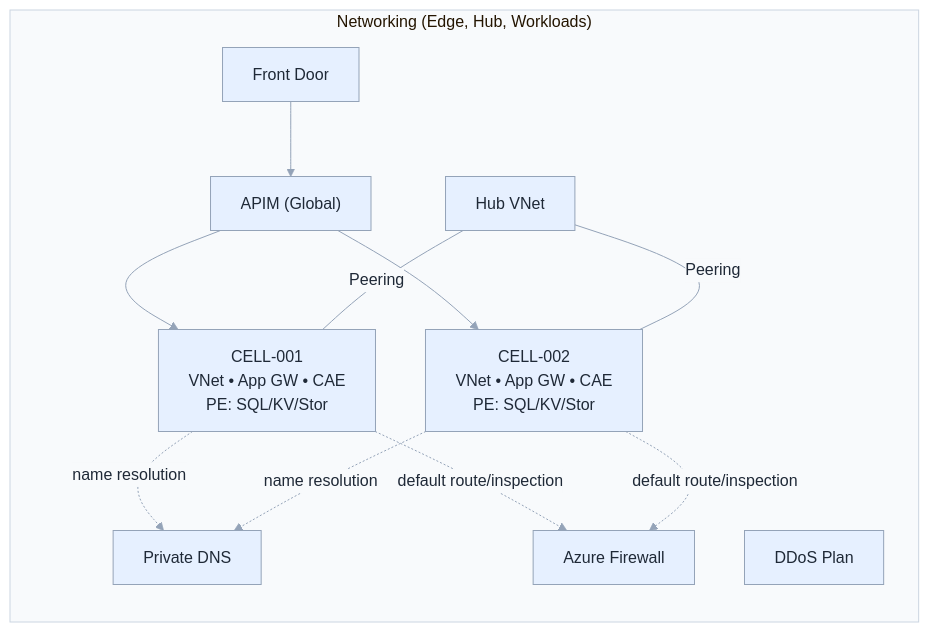
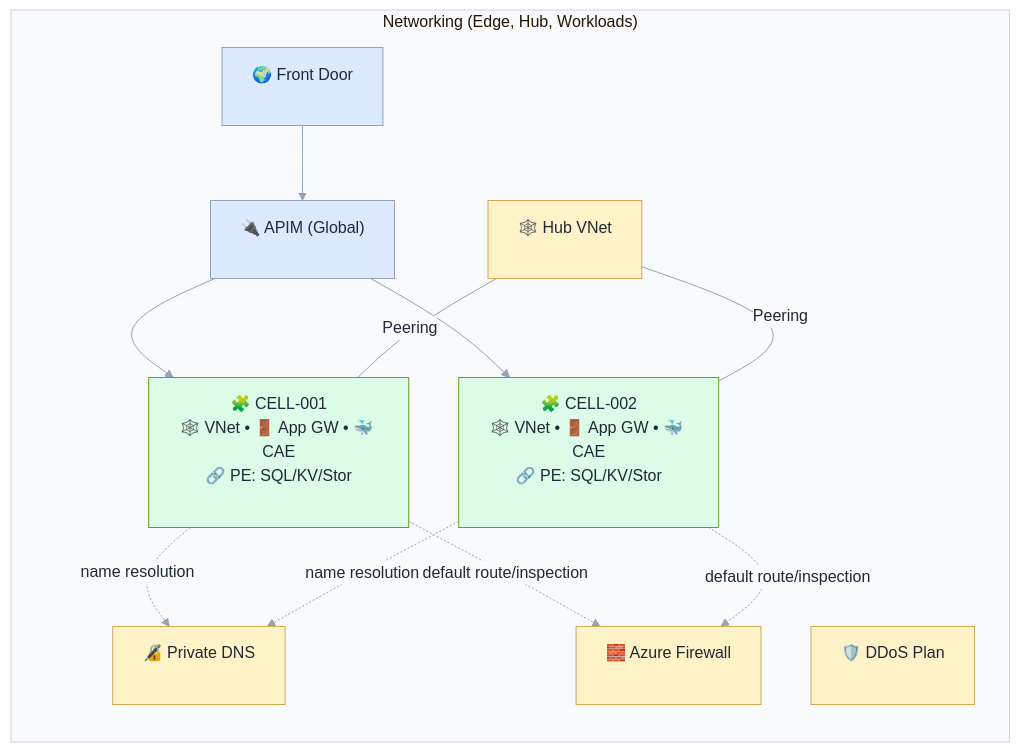
One commit to srnichols/StampsPattern changed the fourth of 7 diagrams in docs/LANDING_ZONES_GUIDE.md. Above: the diagram before and after it, drawn with Mermaid.

Commit message:
docs(landing-zones): add icons back, pad labels to prevent truncation, and color-code layers (edge/hub/workload) in Networking diagram

````diff
--- a/docs/LANDING_ZONES_GUIDE.md
+++ b/docs/LANDING_ZONES_GUIDE.md
@@ -181,31 +181,41 @@
 ```mermaid
 %%{init: {"theme":"base","themeVariables":{"background":"transparent","primaryColor":"#E6F0FF","primaryTextColor":"#1F2937","primaryBorderColor":"#94A3B8","lineColor":"#94A3B8","secondaryColor":"#F3F4F6","tertiaryColor":"#DBEAFE","clusterBkg":"#F8FAFC","clusterBorder":"#CBD5E1","edgeLabelBackground":"#F8FAFC","fontFamily":"Segoe UI, Roboto, Helvetica, Arial, sans-serif"}} }%%
 flowchart TD
+  %% Color classes for layers
+  classDef edge fill:#DBEAFE,stroke:#94A3B8,color:#1F2937;
+  classDef hub fill:#FEF3C7,stroke:#D1A954,color:#1F2937;
+  classDef workload fill:#DCFCE7,stroke:#65A30D,color:#1F2937;
+
   subgraph "Networking (Edge, Hub, Workloads)"
     direction TB
     %% Edge
-    FD["Front Door"]
-    APIM["APIM (Global)"]
+    FD["🌍 Front Door<br/>&nbsp;"]
+    APIM["🔌 APIM (Global)<br/>&nbsp;"]
     
     %% Hub
-    HUBVNET["Hub VNet"]
-    PDNS["Private DNS"]
-    AFW["Azure Firewall"]
-    DDOS["DDoS Plan"]
+    HUBVNET["🕸️ Hub VNet<br/>&nbsp;"]
+    PDNS["🔏 Private DNS<br/>&nbsp;"]
+    AFW["🧱 Azure Firewall<br/>&nbsp;"]
+    DDOS["🛡️ DDoS Plan<br/>&nbsp;"]
 
     %% Workloads (collapsed per cell)
-    CELL1["CELL-001<br/>VNet • App GW • CAE<br/>PE: SQL/KV/Stor"]
-    CELL2["CELL-002<br/>VNet • App GW • CAE<br/>PE: SQL/KV/Stor"]
+    CELL1["🧩 CELL-001<br/>🕸️ VNet • 🚪 App GW • 🐳 CAE<br/>🔗 PE: SQL/KV/Stor<br/>&nbsp;"]
+    CELL2["🧩 CELL-002<br/>🕸️ VNet • 🚪 App GW • 🐳 CAE<br/>🔗 PE: SQL/KV/Stor<br/>&nbsp;"]
+
+    %% Apply colors
+    class FD,APIM edge;
+    class HUBVNET,PDNS,AFW,DDOS hub;
+    class CELL1,CELL2 workload;
 
     %% Edges inside the single group
     FD --> APIM
     APIM --> CELL1
     APIM --> CELL2
     HUBVNET ---|Peering| CELL1
     HUBVNET ---|Peering| CELL2
     CELL1 -. "name resolution" .-> PDNS
     CELL2 -. "name resolution" .-> PDNS
     CELL1 -. "default route/inspection" .-> AFW
     CELL2 -. "default route/inspection" .-> AFW
   end
 ```
````
